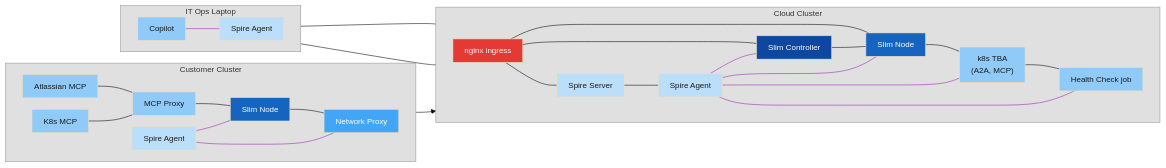
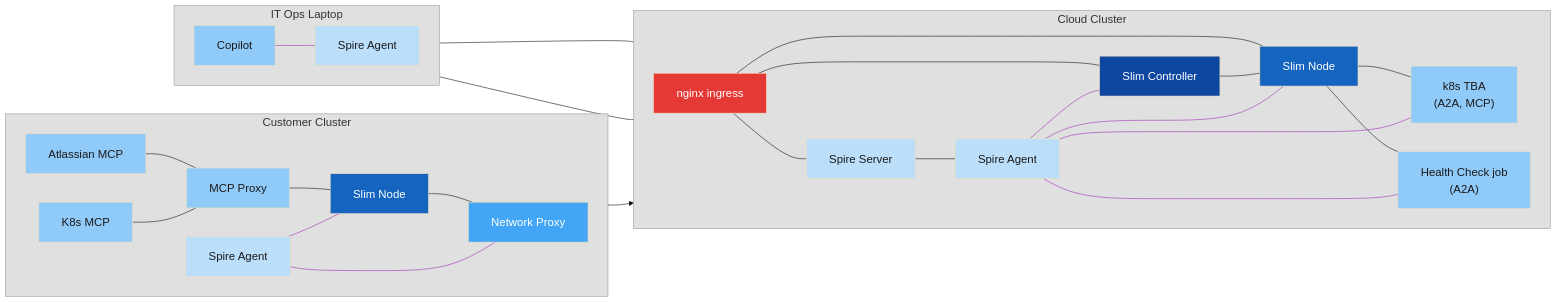
The seventh of 7 diagrams in presentations/slim-multicluster-demo/slim-multicluster-demo.md (agntcy/blogs), drawn with Mermaid before and after one commit. The commit also changed other lines of this file, not shown here.

````diff
--- a/presentations/slim-multicluster-demo/slim-multicluster-demo.md
+++ b/presentations/slim-multicluster-demo/slim-multicluster-demo.md
@@ -358,66 +358,66 @@
 ```mermaid
-%%{init: {'theme': 'base', 'themeVariables': {'fontSize': '14px'}, 'flowchart': {'nodeSpacing': 20, 'rankSpacing': 35, 'padding': 10}}}%%
+%%{init: {'theme': 'base', 'themeVariables': {'fontSize': '20px'}, 'flowchart': {'nodeSpacing': 50, 'rankSpacing': 45, 'padding': 20}}}%%
 graph LR
     subgraph Customer[Customer Cluster]
         direction LR
         AMCP[Atlassian MCP] --- MP1[MCP Proxy]
         KMCP[K8s MCP] --- MP1
         MP1 --- CSN[Slim Node]
         CSN --- NP[Network Proxy]
         CSA[Spire Agent] --- CSN
         CSA --- NP
     end
 
     subgraph Laptop[IT Ops Laptop]
         direction LR
         Copilot[Copilot]
         LSA[Spire Agent]
         Copilot --- LSA
     end
 
     subgraph Cloud[Cloud Cluster]
         direction LR
         Ingress[nginx ingress] --- SN[Slim Node]
         Ingress --- SC[Slim Controller]
         SC --- SN
         Ingress --- SS[Spire Server]
         SN --- K8S["k8s TBA\n(A2A, MCP)"]
-        K8S --- HCJ[Health Check job]
+        SN --- HCJ["Health Check job\n(A2A)"]
         SS --- SA[Spire Agent]
         SA --- SC
         SA --- SN
         SA --- K8S
         SA --- HCJ
     end
 
     NP --> Ingress
     Copilot --- Ingress
     LSA --- Ingress
 
     linkStyle 4 stroke:#9C27B0
     linkStyle 5 stroke:#9C27B0
     linkStyle 6 stroke:#9C27B0
     linkStyle 14 stroke:#9C27B0
     linkStyle 15 stroke:#9C27B0
     linkStyle 16 stroke:#9C27B0
     linkStyle 17 stroke:#9C27B0
 
     style Customer fill:#e0e0e0,stroke:#999,color:#333
     style Cloud fill:#e0e0e0,stroke:#999,color:#333
     style Laptop fill:#e0e0e0,stroke:#999,color:#333
     style NP fill:#42A5F5,color:#fff
     style Ingress fill:#E53935,color:#fff
     style SC fill:#0D47A1,color:#fff
     style SN fill:#1565C0,color:#fff
     style K8S fill:#90CAF9,color:#1a1a1a
     style HCJ fill:#90CAF9,color:#1a1a1a
     style SS fill:#BBDEFB,color:#1a1a1a
     style SA fill:#BBDEFB,color:#1a1a1a
     style AMCP fill:#90CAF9,color:#1a1a1a
     style KMCP fill:#90CAF9,color:#1a1a1a
     style MP1 fill:#90CAF9,color:#1a1a1a
     style CSN fill:#1565C0,color:#fff
     style CSA fill:#BBDEFB,color:#1a1a1a
     style Copilot fill:#90CAF9,color:#1a1a1a
     style LSA fill:#BBDEFB,color:#1a1a1a
 ```
````
